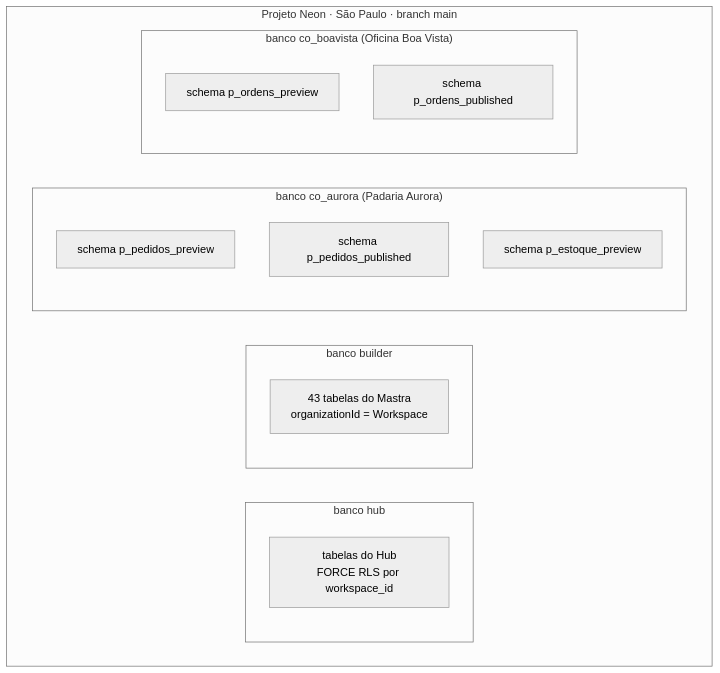
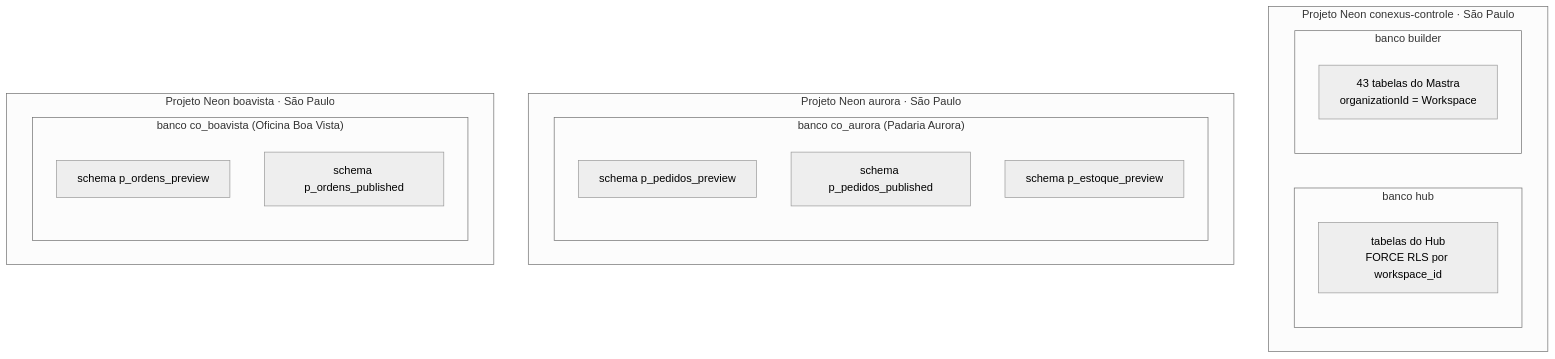
Before and after one commit to developmentconexus-ops/conexus-os: the second of 8 diagrams in docs/research/architecture/target-design.md, drawn with Mermaid (neutral theme). The commit also changed other lines of this file and 1 other file, not shown here.

````diff
--- a/docs/research/architecture/target-design.md
+++ b/docs/research/architecture/target-design.md
@@ -178,20 +178,24 @@
 ```mermaid
 flowchart TB
-  subgraph neon["Projeto Neon · São Paulo · branch main"]
+  subgraph ctl["Projeto Neon conexus-controle · São Paulo"]
     subgraph hubdb["banco hub"]
       h1["tabelas do Hub<br/>FORCE RLS por workspace_id"]
     end
     subgraph bdb["banco builder"]
       b1["43 tabelas do Mastra<br/>organizationId = Workspace"]
     end
+  end
+  subgraph pa["Projeto Neon aurora · São Paulo"]
     subgraph coA["banco co_aurora (Padaria Aurora)"]
       a1["schema p_pedidos_preview"]
       a2["schema p_pedidos_published"]
       a3["schema p_estoque_preview"]
     end
+  end
+  subgraph pb["Projeto Neon boavista · São Paulo"]
     subgraph coB["banco co_boavista (Oficina Boa Vista)"]
       b2["schema p_ordens_preview"]
       b3["schema p_ordens_published"]
     end
   end
 ```
````
